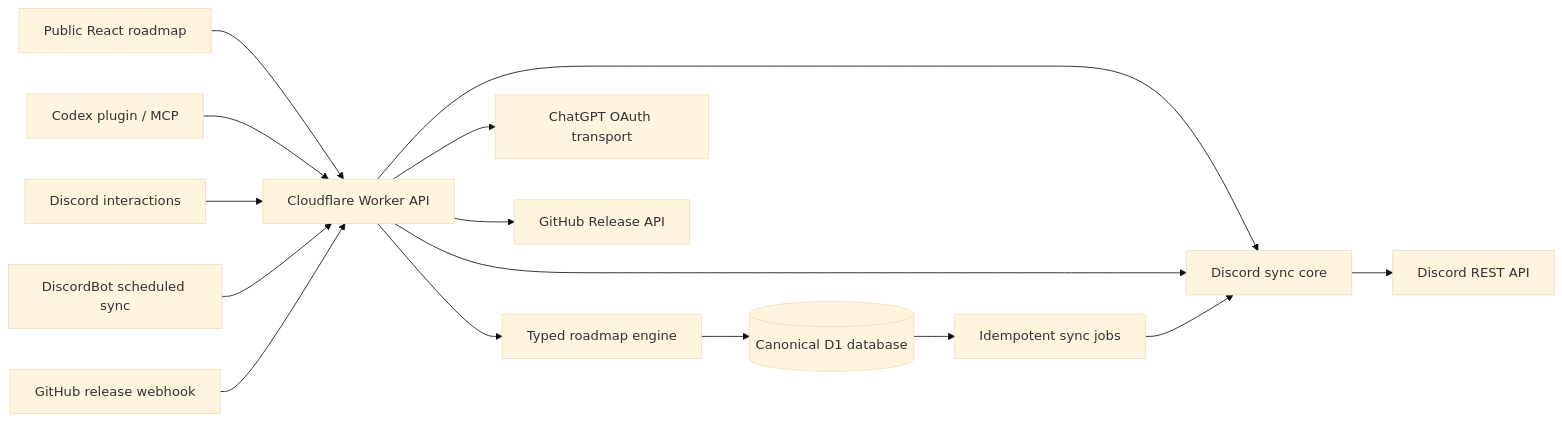
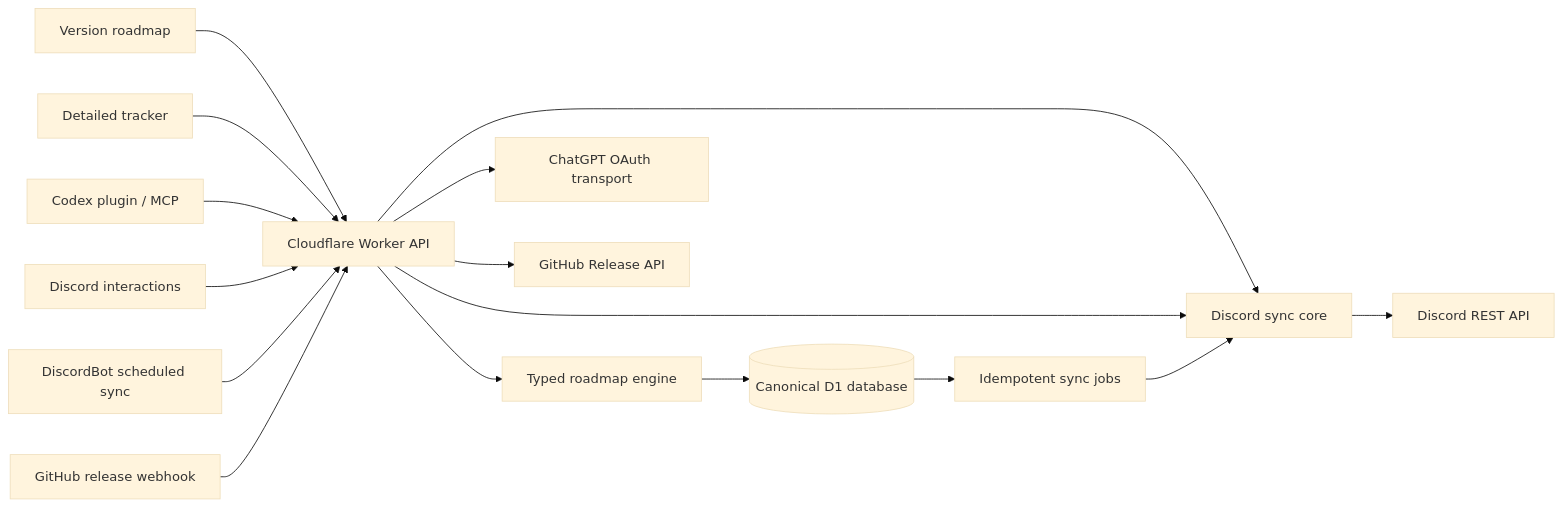
Before and after one commit to SakuraCordApp/Roadmap: the diagram in README.md, drawn with Mermaid (base theme). The commit also changed other lines of this file and 57 other files, not shown here.

Commit message:
Launch version roadmap and tracker split

````diff
--- a/README.md
+++ b/README.md
@@ -43,17 +44,18 @@
 ```mermaid
 flowchart LR
-  UI["Public React roadmap"] --> API["Cloudflare Worker API"]
+  UI["Version roadmap"] --> API["Cloudflare Worker API"]
+  TR["Detailed tracker"] --> API
   MCP["Codex plugin / MCP"] --> API
   DI["Discord interactions"] --> API
   BOT["DiscordBot scheduled sync"] --> API
   API --> SYNC["Discord sync core"]
   API --> CORE["Typed roadmap engine"]
   API --> SYNC
   CORE --> D1[("Canonical D1 database")]
   D1 --> JOBS["Idempotent sync jobs"]
   JOBS --> SYNC
   SYNC --> DR["Discord REST API"]
   GH["GitHub release webhook"] --> API
   API --> AI["ChatGPT OAuth transport"]
   API --> GR["GitHub Release API"]
 ```
````
